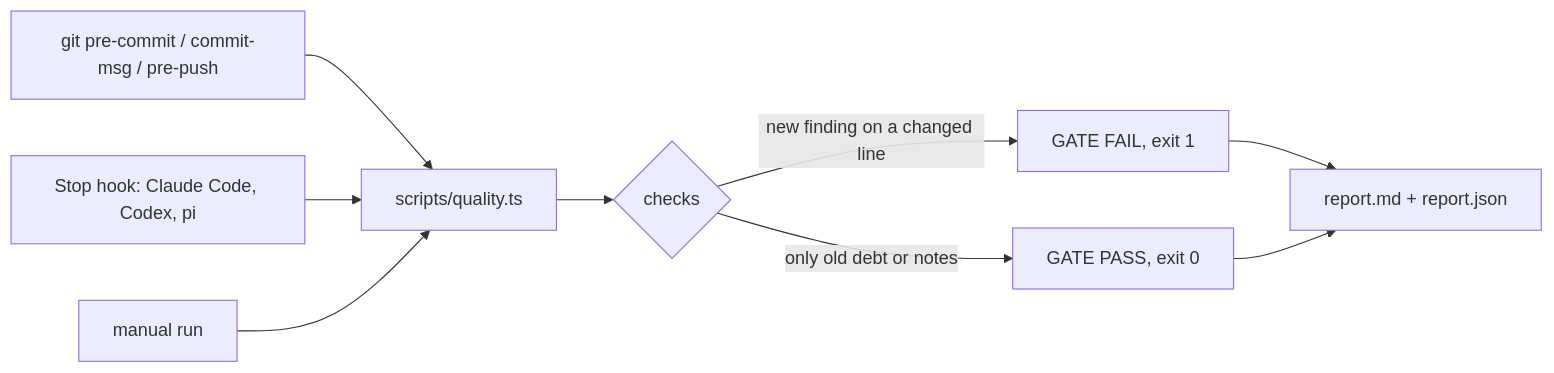
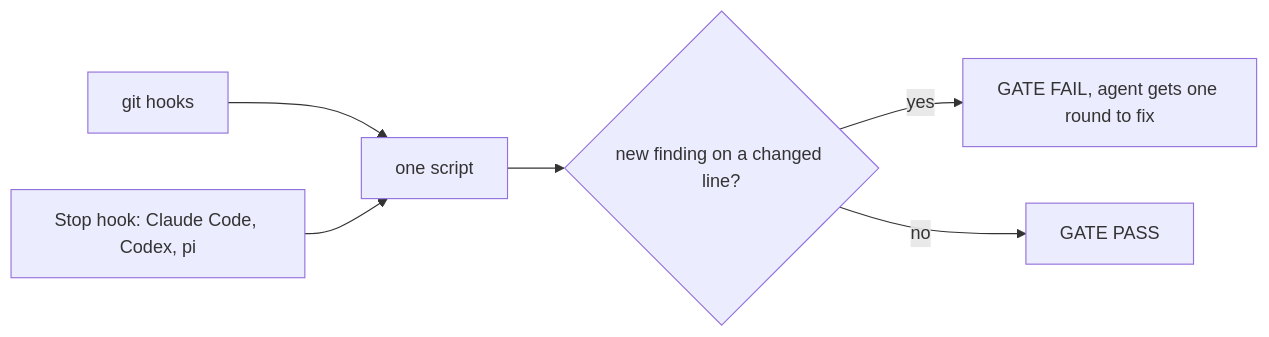
The diagram in README.md (smixs/code-quality), drawn with Mermaid before and after one commit. The commit also changed other lines of this file and 5 other files, not shown here.

````diff
--- a/README.md
+++ b/README.md
@@ -34,11 +29,8 @@
 ```mermaid
 flowchart LR
-    A[git pre-commit / commit-msg / pre-push] --> Q
+    A[git hooks] --> Q
     B[Stop hook: Claude Code, Codex, pi] --> Q
-    C[manual run] --> Q
-    Q[scripts/quality.ts] --> D{checks}
-    D -->|new finding on a changed line| F[GATE FAIL, exit 1]
-    D -->|only old debt or notes| P[GATE PASS, exit 0]
-    F --> R[report.md + report.json]
-    P --> R
+    Q[one script] --> D{new finding on a changed line?}
+    D -->|yes| F[GATE FAIL, agent gets one round to fix]
+    D -->|no| P[GATE PASS]
 ```
````
